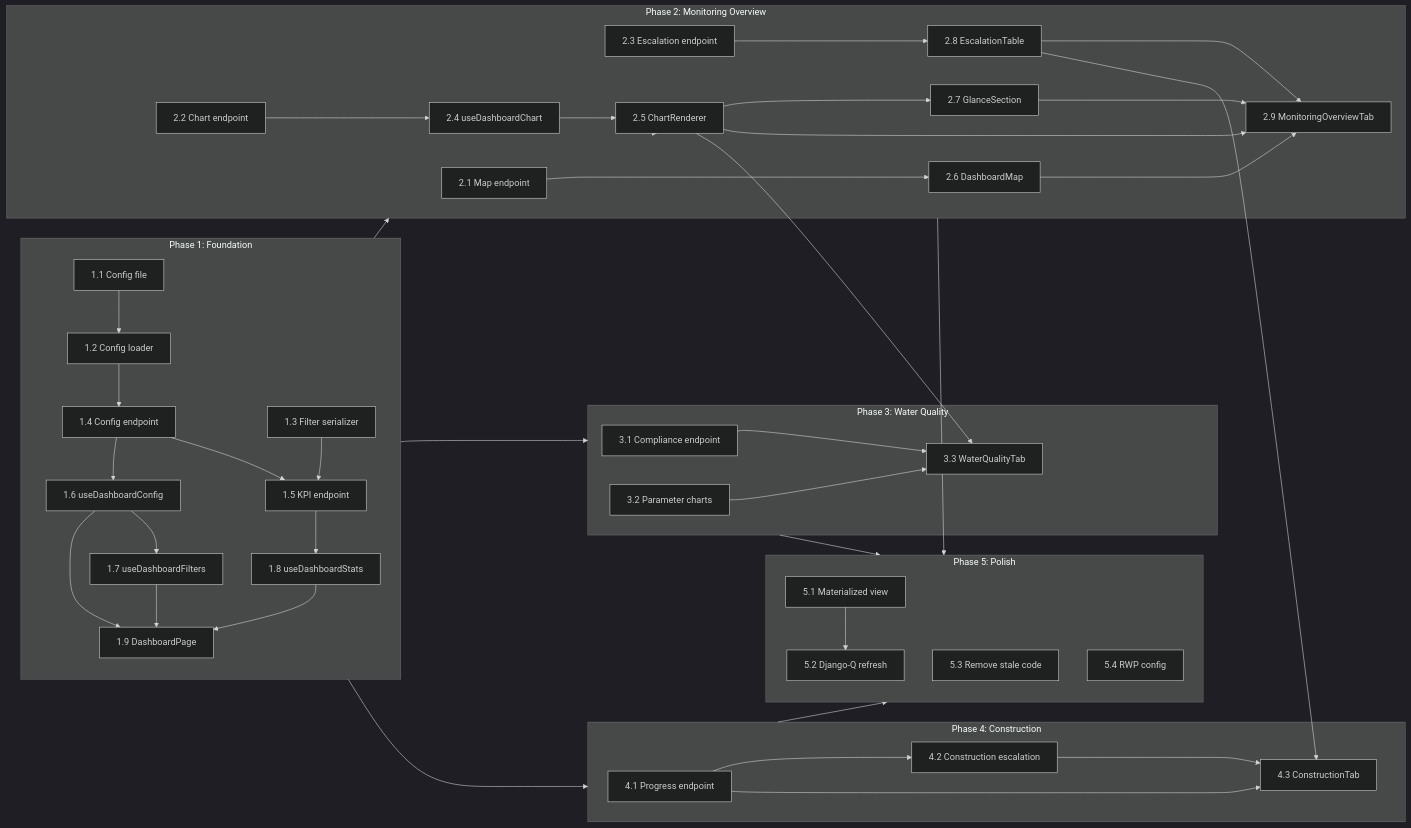
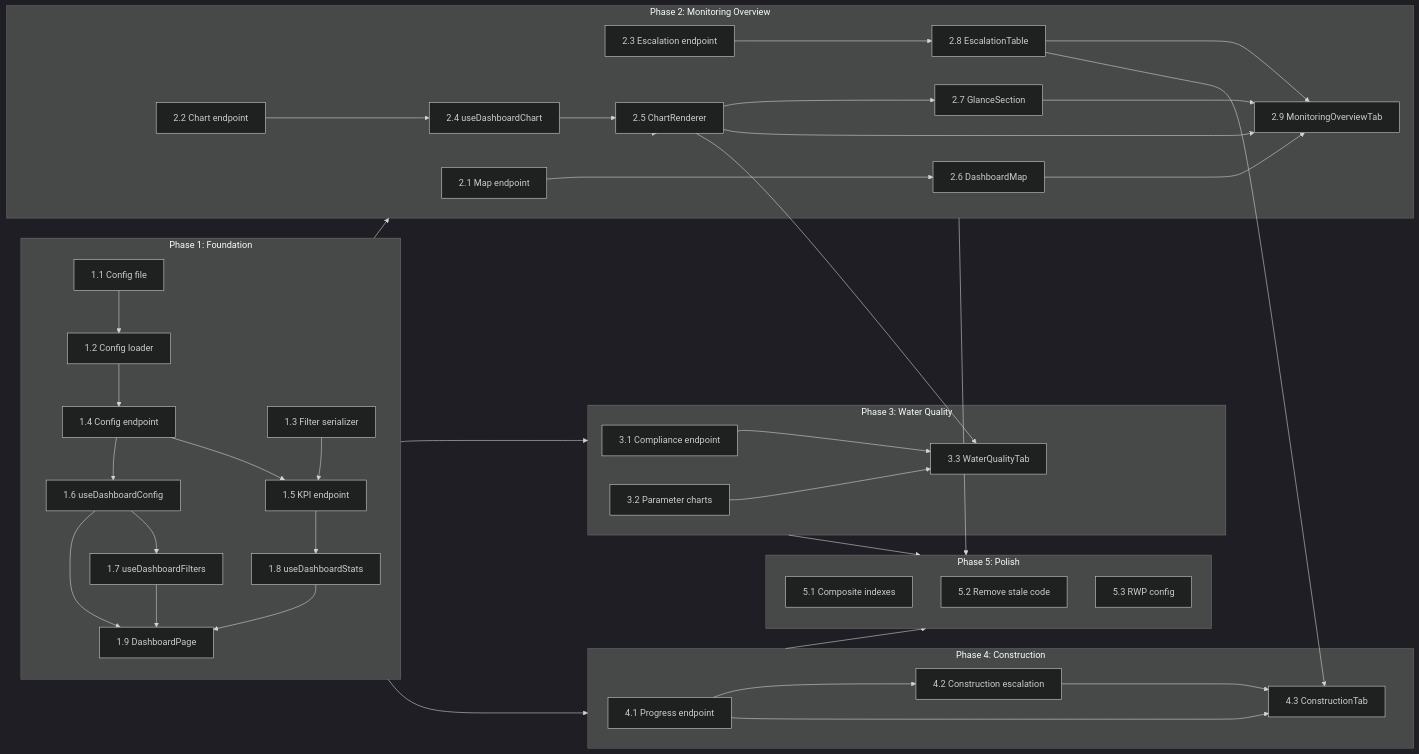
Before and after one commit to akvo/iwsims: the diagram in doc/claude/dashboard-visualization-workflow.md, drawn with Mermaid (dark theme). The commit also changed other lines of this file and 2 other files, not shown here.

First line of the commit message:
[#186] docs: add generic visualization API spec, replace materialized views with indexes

```diff
--- a/doc/claude/dashboard-visualization-workflow.md
+++ b/doc/claude/dashboard-visualization-workflow.md
@@ -633,12 +630,9 @@
     end
 
     subgraph Phase5["Phase 5: Polish"]
-        S5_1[5.1 Materialized view]
-        S5_2[5.2 Django-Q refresh]
-        S5_3[5.3 Remove stale code]
-        S5_4[5.4 RWP config]
-
-        S5_1 --> S5_2
+        S5_1[5.1 Composite indexes]
+        S5_2[5.2 Remove stale code]
+        S5_3[5.3 RWP config]
     end
 
     Phase1 --> Phase2
```
